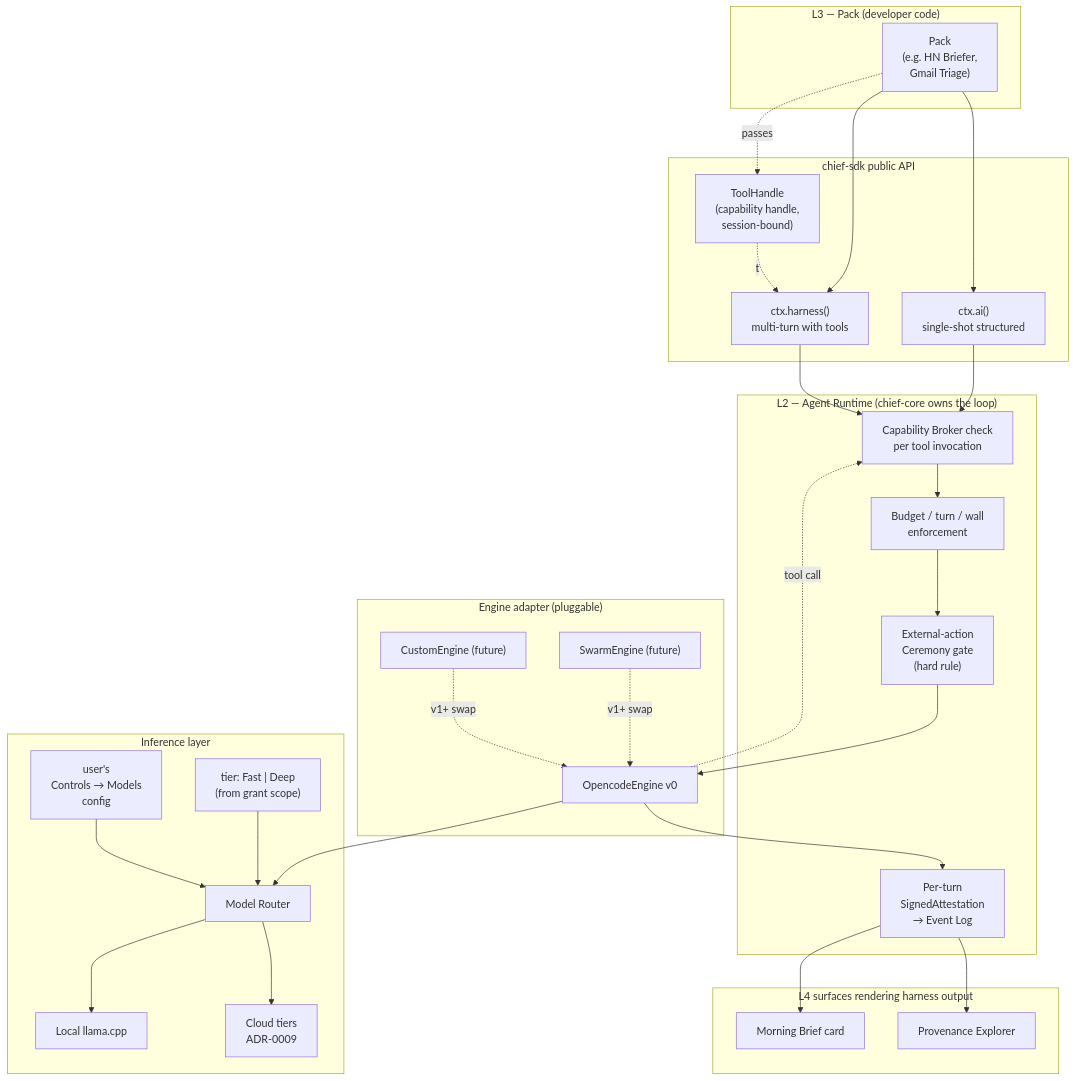
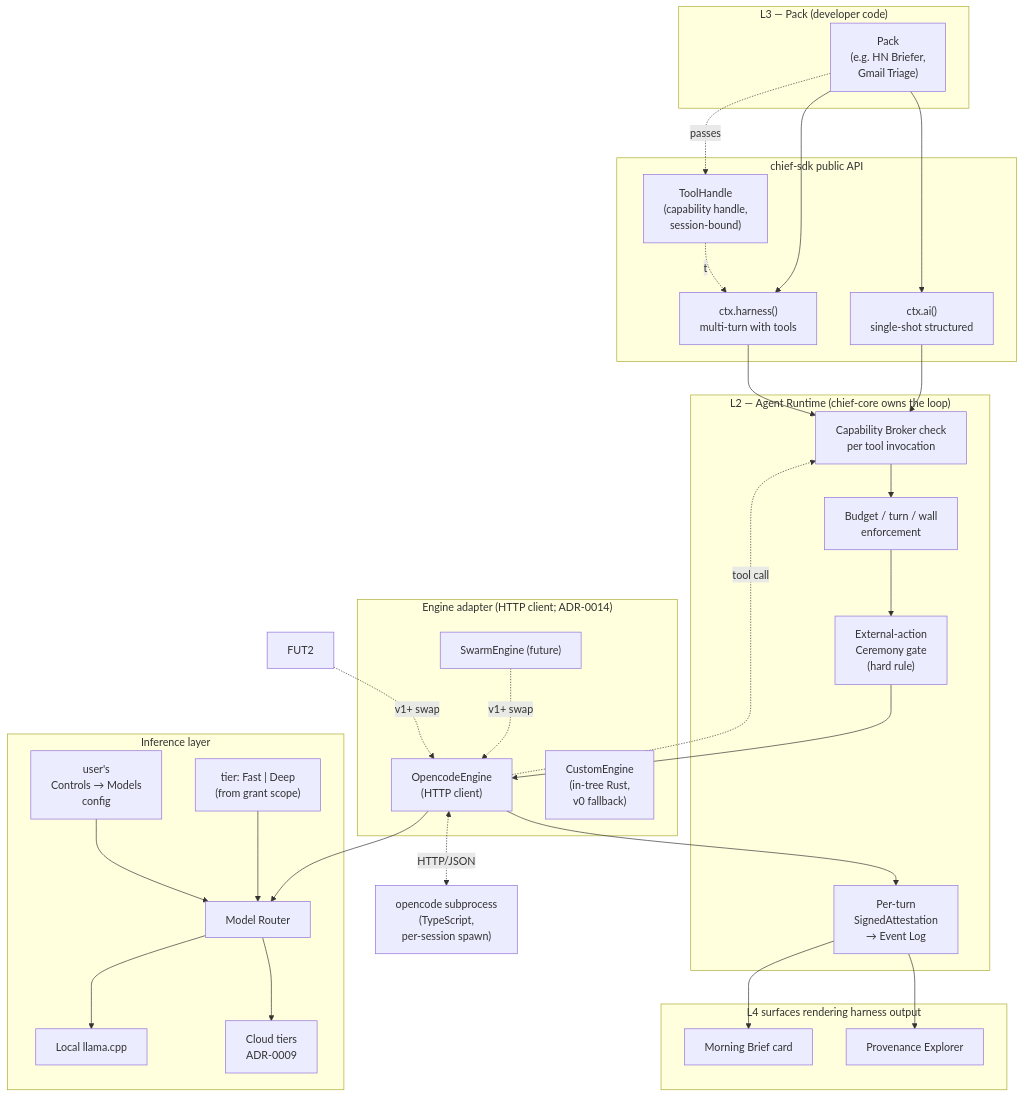
The diagram in docs/diagrams/agent-runtime.mmd (santoshkumarradha/ChiefOS), drawn with Mermaid before and after one commit. The commit also changed 12 other files, not shown here.

First line of the commit message:
adr: 0014/0015/0016 + docs/21 + amendments — resolve architecture-review findings

```diff
--- a/docs/diagrams/agent-runtime.mmd
+++ b/docs/diagrams/agent-runtime.mmd
@@ -1,64 +1,66 @@
 %% Chief OS — Agent Runtime flow (ADR-0013)
 %% Shows the two-primitive path: ctx.ai() and ctx.harness()
 %% Embedded in: docs/02-architecture.md §Agent Runtime, docs/20-agent-runtime.md
 flowchart TD
     subgraph L3["L3 — Pack (developer code)"]
         PACK["Pack<br/>(e.g. HN Briefer,<br/>Gmail Triage)"]
     end
 
     subgraph SDK["chief-sdk public API"]
         AIB["ctx.ai()<br/>single-shot structured"]
         HRB["ctx.harness()<br/>multi-turn with tools"]
         TH["ToolHandle<br/>(capability handle,<br/>session-bound)"]
     end
 
     subgraph L2AR["L2 — Agent Runtime (chief-core owns the loop)"]
         CHECK["Capability Broker check<br/>per tool invocation"]
         BUDGET["Budget / turn / wall<br/>enforcement"]
         CEREMONY["External-action<br/>Ceremony gate<br/>(hard rule)"]
         ATTEST["Per-turn<br/>SignedAttestation<br/>→ Event Log"]
     end
 
-    subgraph L2ENG["Engine adapter (pluggable)"]
-        OC["OpencodeEngine v0"]
+    subgraph L2ENG["Engine adapter (HTTP client; ADR-0014)"]
+        OC["OpencodeEngine<br/>(HTTP client)"]
+        CE["CustomEngine<br/>(in-tree Rust,<br/>v0 fallback)"]
         FUT1["SwarmEngine (future)"]
-        FUT2["CustomEngine (future)"]
     end
+    OCP["opencode subprocess<br/>(TypeScript,<br/>per-session spawn)"]
+    OC <-. HTTP/JSON .-> OCP
 
     subgraph L2INF["Inference layer"]
         RTR[Model Router]
         TIER["tier: Fast | Deep<br/>(from grant scope)"]
         USERCFG["user's<br/>Controls → Models<br/>config"]
         LOCAL[Local llama.cpp]
         CLOUD[Cloud tiers<br/>ADR-0009]
     end
 
     subgraph L4OUT["L4 surfaces rendering harness output"]
         BRIEF[Morning Brief card]
         PROV[Provenance Explorer]
     end
 
     PACK --> AIB
     PACK --> HRB
     PACK -.passes.-> TH
     TH -.to.-> HRB
 
     AIB --> CHECK
     HRB --> CHECK
     CHECK --> BUDGET
     BUDGET --> CEREMONY
 
     CEREMONY --> OC
     OC -. tool call .-> CHECK
     OC --> ATTEST
     ATTEST --> BRIEF
     ATTEST --> PROV
 
     OC --> RTR
     TIER --> RTR
     USERCFG --> RTR
     RTR --> LOCAL
     RTR --> CLOUD
 
     FUT1 -. v1+ swap .-> OC
     FUT2 -. v1+ swap .-> OC
```
